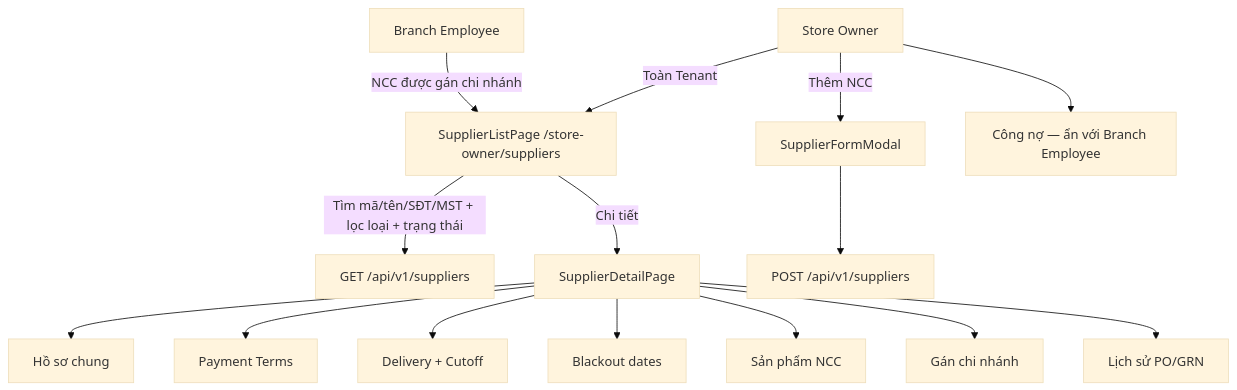
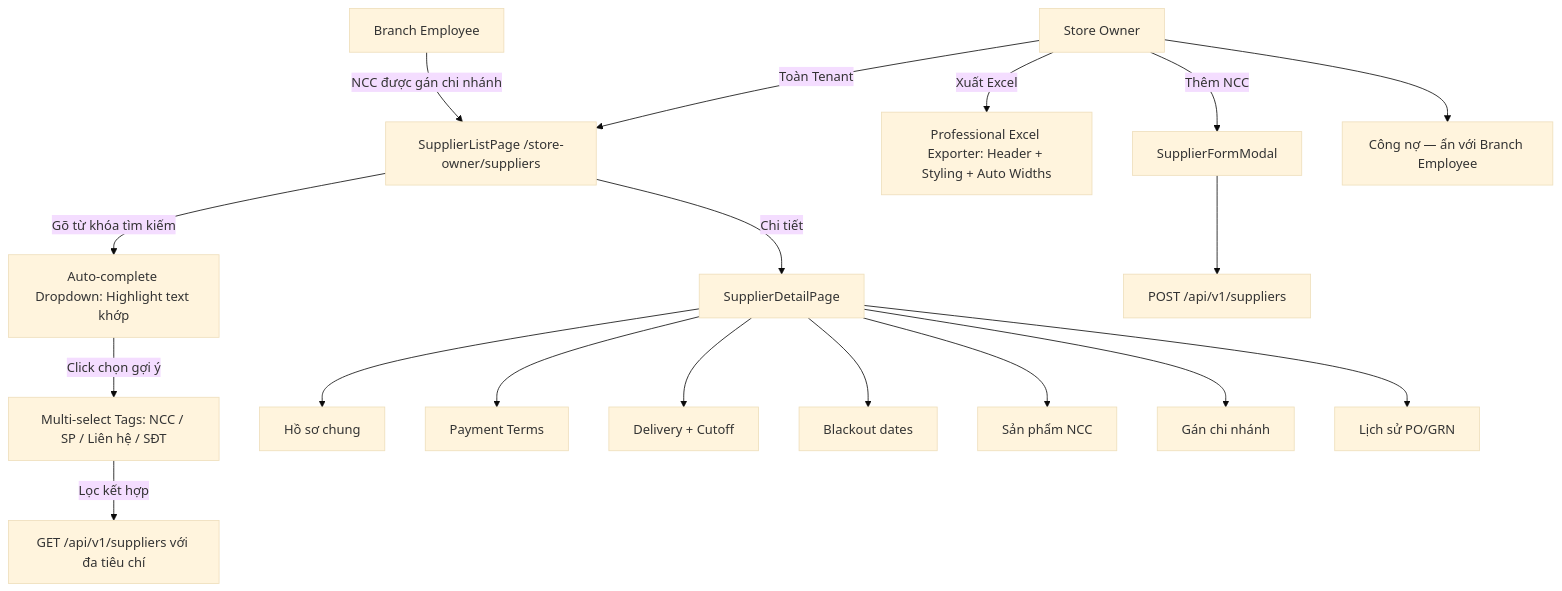
Before and after one commit to SEP490-G84-MTGRMS/ai-team-kit: the diagram in team-ai-knowledge/openspec/changes/master-supplier-management/design-brief.md, drawn with Mermaid (base theme). The commit also changed other lines of this file and 1 other file, not shown here.

````diff
--- a/team-ai-knowledge/openspec/changes/master-supplier-management/design-brief.md
+++ b/team-ai-knowledge/openspec/changes/master-supplier-management/design-brief.md
@@ -5,17 +5,20 @@
 ```mermaid
 flowchart TD
     SO[Store Owner] -->|Toàn Tenant| L[SupplierListPage /store-owner/suppliers]
     BE[Branch Employee] -->|NCC được gán chi nhánh| L
-    L -->|Tìm mã/tên/SĐT/MST + lọc loại + trạng thái| API1[GET /api/v1/suppliers]
+    L -->|Gõ từ khóa tìm kiếm| AC[Auto-complete Dropdown: Highlight text khớp]
+    AC -->|Click chọn gợi ý| TAGS[Multi-select Tags: NCC / SP / Liên hệ / SĐT]
+    TAGS -->|Lọc kết hợp| API1[GET /api/v1/suppliers với đa tiêu chí]
+    SO -->|Xuất Excel| EXP[Professional Excel Exporter: Header + Styling + Auto Widths]
     SO -->|Thêm NCC| M[SupplierFormModal]
     M --> API2[POST /api/v1/suppliers]
     L -->|Chi tiết| D[SupplierDetailPage]
     D --> T1[Hồ sơ chung]
     D --> T2[Payment Terms]
     D --> T3[Delivery + Cutoff]
     D --> T4[Blackout dates]
     D --> T5[Sản phẩm NCC]
     D --> T6[Gán chi nhánh]
     D --> T7[Lịch sử PO/GRN]
     SO --> T8[Công nợ — ẩn với Branch Employee]
 ```
````
